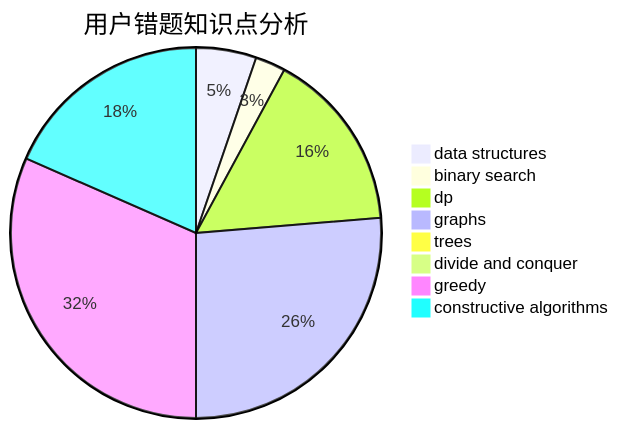
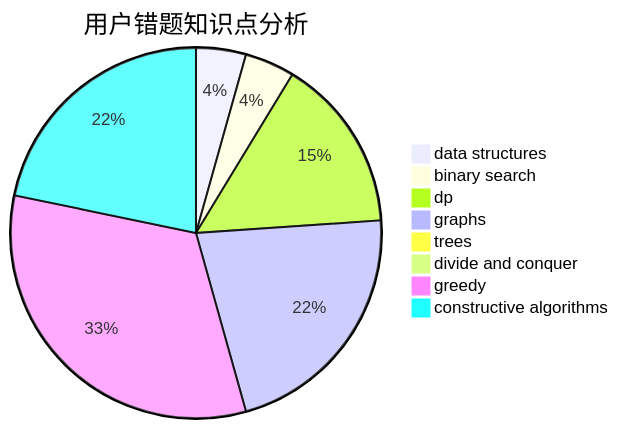
Before and after one commit to sherpahu/cfrs.github.io: the third of 3 diagrams in docs/user/u296.md, drawn with Mermaid. The commit also changed other lines of this file and 2770 other files, not shown here.

````diff
--- a/docs/user/u296.md
+++ b/docs/user/u296.md
@@ -36,11 +36,11 @@
 ```mermaid
 pie title 用户错题知识点分析
     "data structures" :  2
-    "binary search" :  1
-    "dp" :  6
+    "binary search" :  2
+    "dp" :  7
     "graphs" :  10
     "trees" :  0
     "divide and conquer" :  0
-    "greedy" :  12
-    "constructive algorithms" :  7
+    "greedy" :  15
+    "constructive algorithms" :  10
 ```
````
